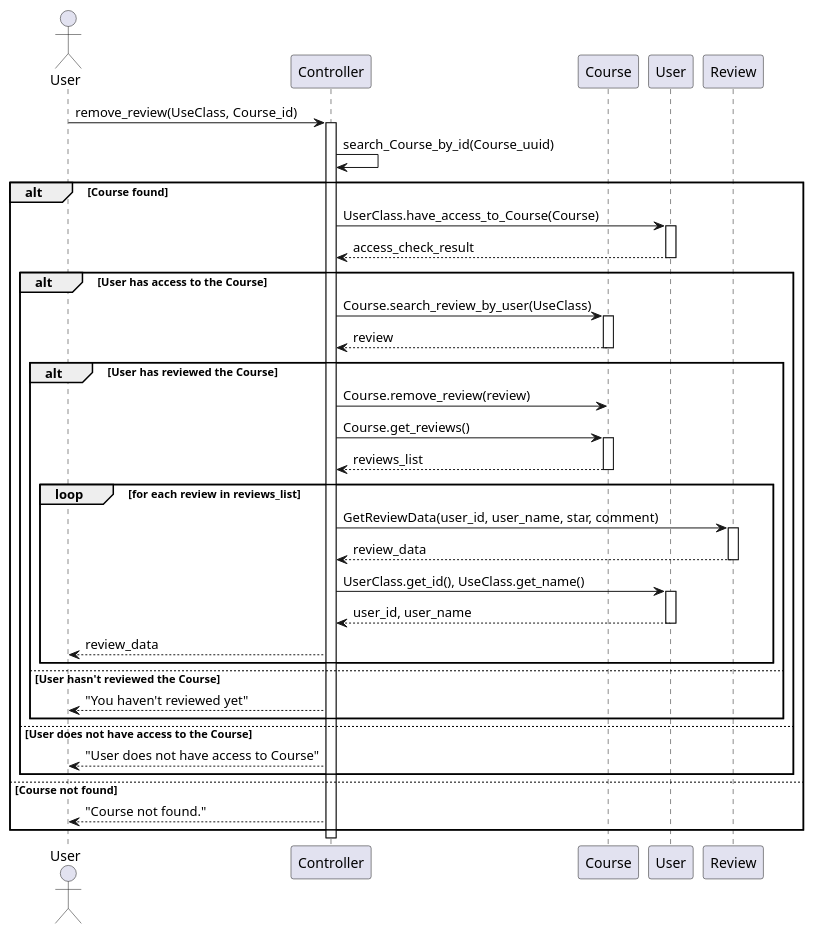
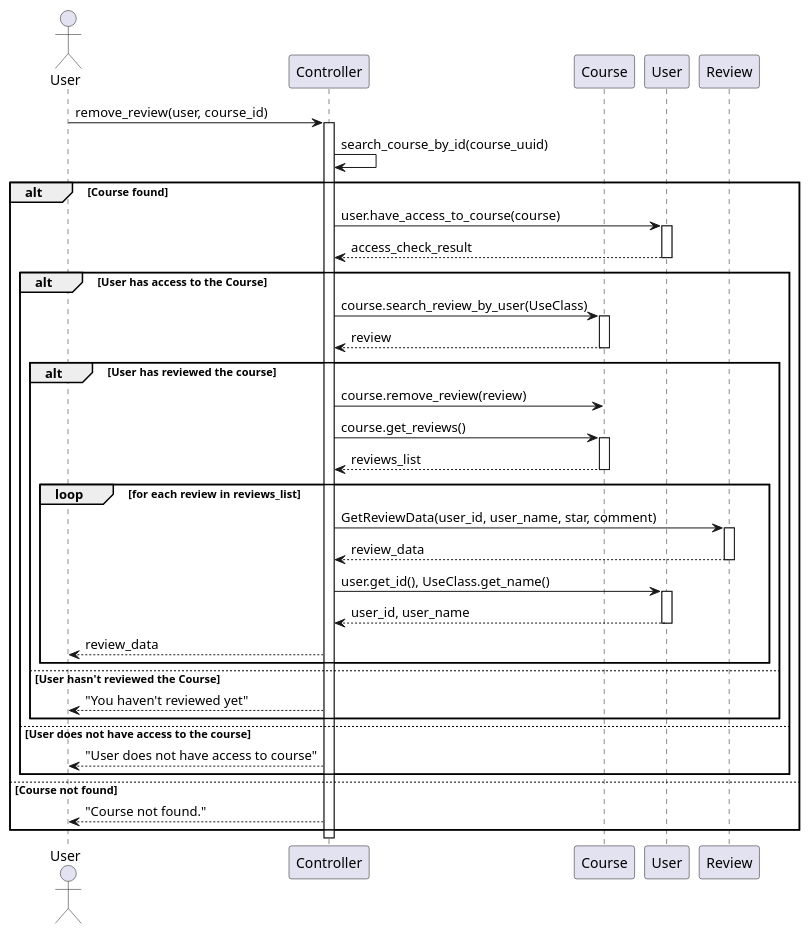
The diagram in diagrams/plantuml/review(remove_review).puml (KMITLSuicide/KMITL-ObjectOrientedProgramming-Project), drawn with PlantUML before and after one commit. The commit also changed 39 other files, not shown here.

```diff
--- a/diagrams/plantuml/review(remove_review).puml
+++ b/diagrams/plantuml/review(remove_review).puml
@@ -1,62 +1,62 @@
 @startuml
 
 actor User
 participant Controller
 participant Course
 participant "User" as UserClass
 
-User -> Controller: remove_review(UseClass, Course_id)
+User -> Controller: remove_review(user, course_id)
 activate Controller
 
-Controller -> Controller: search_Course_by_id(Course_uuid)
+Controller -> Controller: search_course_by_id(course_uuid)
 
 alt Course found
-    Controller -> UserClass: UserClass.have_access_to_Course(Course)
+    Controller -> UserClass: user.have_access_to_course(course)
     activate UserClass
     UserClass --> Controller: access_check_result
     deactivate UserClass
 
     alt User has access to the Course
-        Controller -> Course: Course.search_review_by_user(UseClass)
+        Controller -> Course: course.search_review_by_user(UseClass)
         activate Course
         Course --> Controller: review
         deactivate Course
 
-        alt User has reviewed the Course
-            Controller -> Course: Course.remove_review(review)
-            Controller -> Course: Course.get_reviews()
+        alt User has reviewed the course
+            Controller -> Course: course.remove_review(review)
+            Controller -> Course: course.get_reviews()
             activate Course
             Course --> Controller: reviews_list
             deactivate Course
 
             loop for each review in reviews_list
                 Controller -> Review: GetReviewData(user_id, user_name, star, comment)
                 activate Review
                 Review --> Controller: review_data
                 deactivate Review
 
-                Controller -> UserClass: UserClass.get_id(), UseClass.get_name()
+                Controller -> UserClass: user.get_id(), UseClass.get_name()
                 activate UserClass
                 UserClass --> Controller: user_id, user_name
                 deactivate UserClass
 
                 Controller --> User: review_data
             end
         else User hasn't reviewed the Course
 
             Controller --> User: "You haven't reviewed yet"
 
         end
 
-    else User does not have access to the Course
+    else User does not have access to the course
 
-        Controller --> User: "User does not have access to Course"
+        Controller --> User: "User does not have access to course"
 
     end
 
 else Course not found
     Controller --> User: "Course not found."
 
 end
 
 @enduml
```
